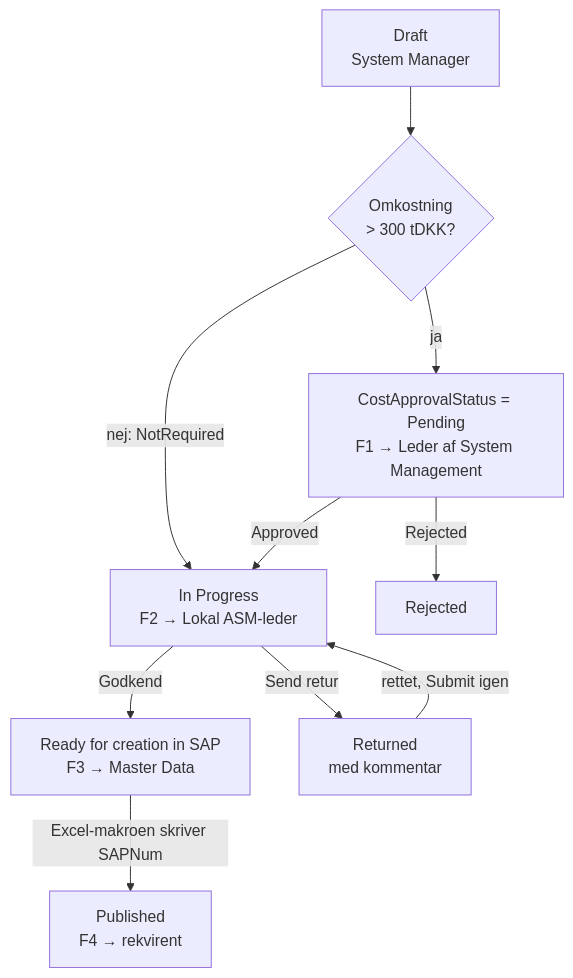
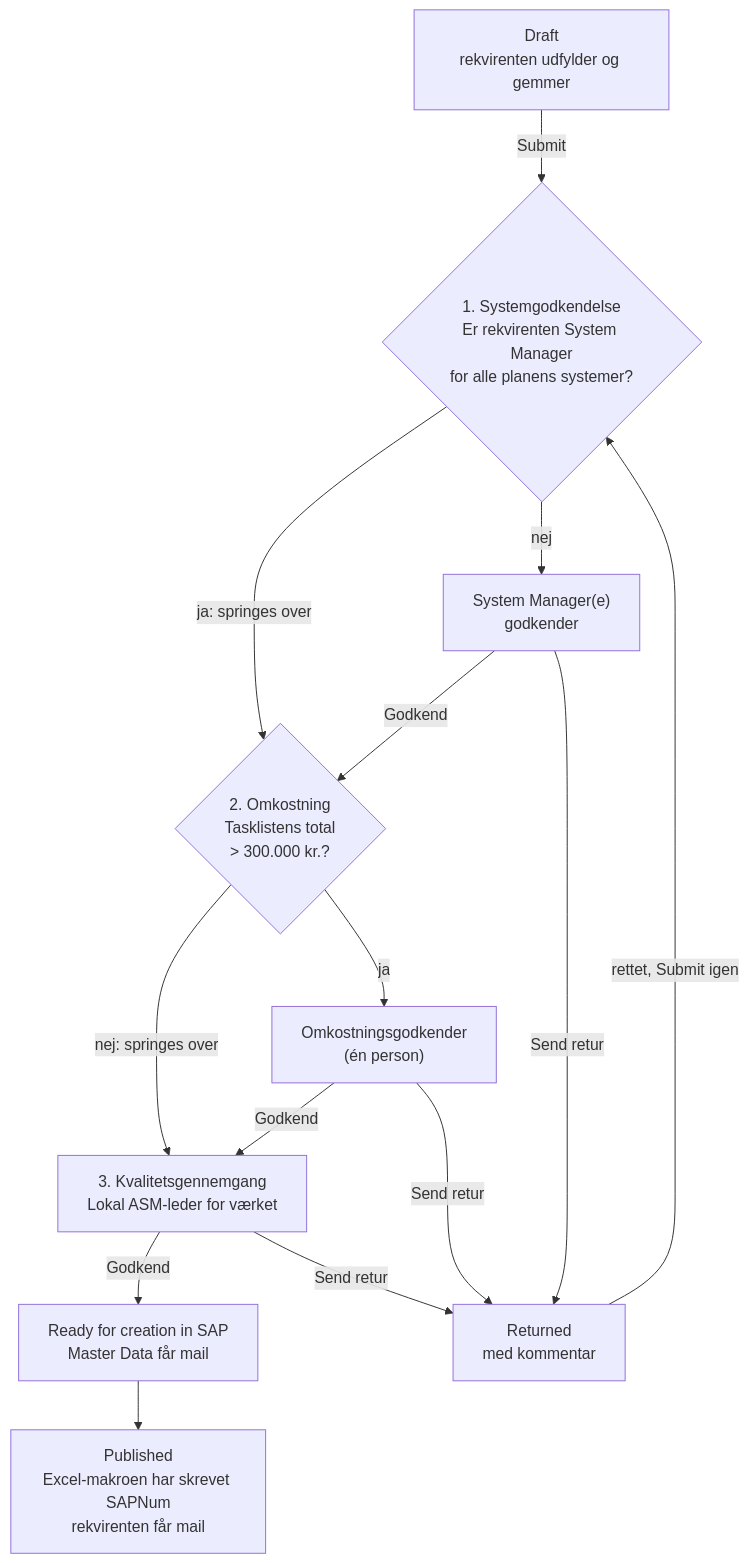
Before and after one commit to PeterBjerre/Canvas_apps: the diagram in docs/32-godkendelsesflow.md, drawn with Mermaid. The commit also changed other lines of this file and 1 other file, not shown here.

````diff
--- a/docs/32-godkendelsesflow.md
+++ b/docs/32-godkendelsesflow.md
@@ -81,21 +49,26 @@
 ```mermaid
 flowchart TD
-  D["Draft<br/>System Manager"]
-  CA{"Omkostning<br/>> 300 tDKK?"}
-  CP["CostApprovalStatus = Pending<br/>F1 → Leder af System Management"]
-  RJ["Rejected"]
-  IP["In Progress<br/>F2 → Lokal ASM-leder"]
+  D["Draft<br/>rekvirenten udfylder og gemmer"]
+  S{"1. Systemgodkendelse<br/>Er rekvirenten System Manager<br/>for alle planens systemer?"}
+  SA["System Manager(e)<br/>godkender"]
+  C{"2. Omkostning<br/>Tasklistens total<br/>> 300.000 kr.?"}
+  CA["Omkostningsgodkender<br/>(én person)"]
+  Q["3. Kvalitetsgennemgang<br/>Lokal ASM-leder for værket"]
   RT["Returned<br/>med kommentar"]
-  RS["Ready for creation in SAP<br/>F3 → Master Data"]
-  PB["Published<br/>F4 → rekvirent"]
+  RS["Ready for creation in SAP<br/>Master Data får mail"]
+  PB["Published<br/>Excel-makroen har skrevet SAPNum<br/>rekvirenten får mail"]
 
-  D --> CA
-  CA -- "nej: NotRequired" --> IP
-  CA -- "ja" --> CP
-  CP -- "Approved" --> IP
-  CP -- "Rejected" --> RJ
-  IP -- "Godkend" --> RS
-  IP -- "Send retur" --> RT
-  RT -- "rettet, Submit igen" --> IP
-  RS -- "Excel-makroen skriver SAPNum" --> PB
+  D -- "Submit" --> S
+  S -- "ja: springes over" --> C
+  S -- "nej" --> SA
+  SA -- "Godkend" --> C
+  C -- "nej: springes over" --> Q
+  C -- "ja" --> CA
+  CA -- "Godkend" --> Q
+  Q -- "Godkend" --> RS
+  RS --> PB
+  SA -- "Send retur" --> RT
+  CA -- "Send retur" --> RT
+  Q -- "Send retur" --> RT
+  RT -- "rettet, Submit igen" --> S
 ```
````
